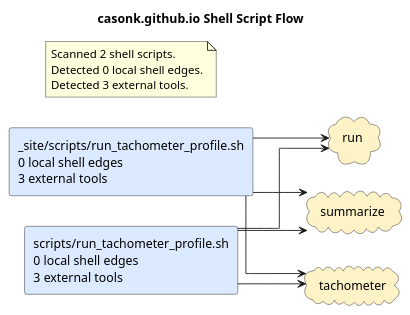
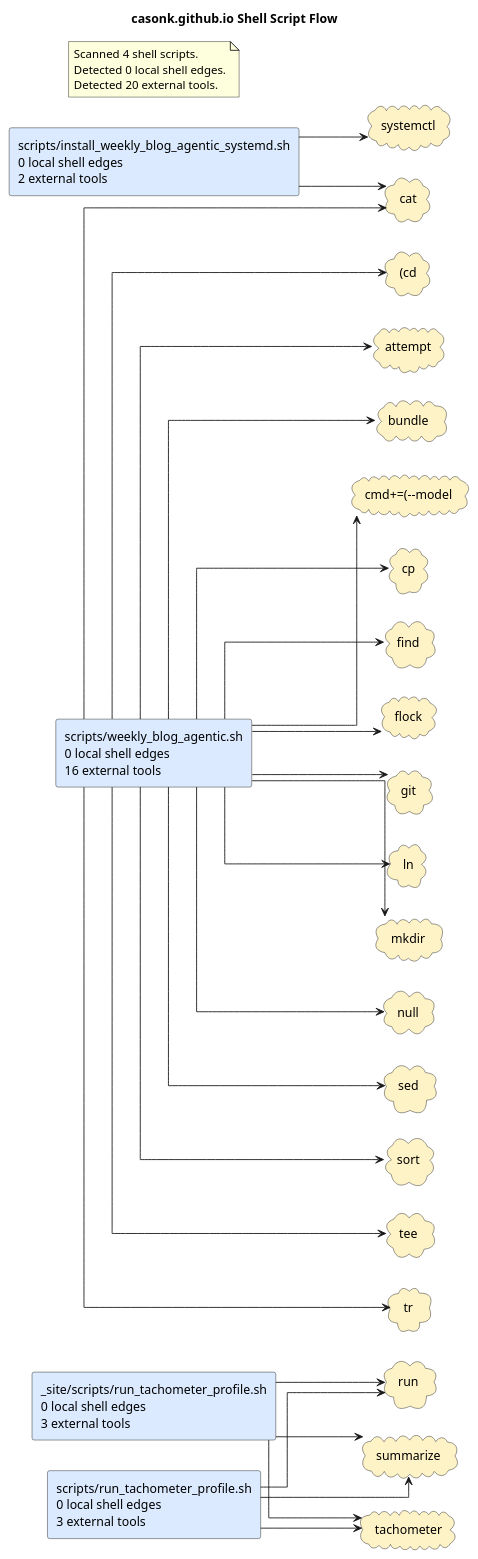
Before and after one commit to casonk/casonk.github.io: the diagram in docs/diagrams/shell-call-graph.puml, drawn with PlantUML. The commit also changed 5 other files, not shown here.

Commit message:
chore: refresh archility diagram renderings

```diff
--- a/docs/diagrams/shell-call-graph.puml
+++ b/docs/diagrams/shell-call-graph.puml
@@ -1,24 +1,61 @@
 @startuml
 title casonk.github.io Shell Script Flow
 left to right direction
 skinparam shadowing false
 skinparam defaultFontName Monospace
 skinparam componentStyle rectangle
 skinparam linetype ortho
 rectangle "_site/scripts/run_tachometer_profile.sh\n0 local shell edges\n3 external tools" as shell_site_scripts_run_tachometer_profile_sh #DBEAFE
+rectangle "scripts/install_weekly_blog_agentic_systemd.sh\n0 local shell edges\n2 external tools" as shell_scripts_install_weekly_blog_agentic_systemd_sh #DBEAFE
 rectangle "scripts/run_tachometer_profile.sh\n0 local shell edges\n3 external tools" as shell_scripts_run_tachometer_profile_sh #DBEAFE
+rectangle "scripts/weekly_blog_agentic.sh\n0 local shell edges\n16 external tools" as shell_scripts_weekly_blog_agentic_sh #DBEAFE
+cloud "(cd" as tool_cd #FEF3C7
+cloud "attempt" as tool_attempt #FEF3C7
+cloud "bundle" as tool_bundle #FEF3C7
+cloud "cat" as tool_cat #FEF3C7
+cloud "cmd+=(--model" as tool_cmd_model #FEF3C7
+cloud "cp" as tool_cp #FEF3C7
+cloud "find" as tool_find #FEF3C7
+cloud "flock" as tool_flock #FEF3C7
+cloud "git" as tool_git #FEF3C7
+cloud "ln" as tool_ln #FEF3C7
+cloud "mkdir" as tool_mkdir #FEF3C7
+cloud "null" as tool_null #FEF3C7
 cloud "run" as tool_run #FEF3C7
+cloud "sed" as tool_sed #FEF3C7
+cloud "sort" as tool_sort #FEF3C7
 cloud "summarize" as tool_summarize #FEF3C7
+cloud "systemctl" as tool_systemctl #FEF3C7
 cloud "tachometer" as tool_tachometer #FEF3C7
+cloud "tee" as tool_tee #FEF3C7
+cloud "tr" as tool_tr #FEF3C7
+shell_scripts_install_weekly_blog_agentic_systemd_sh --> tool_cat
+shell_scripts_install_weekly_blog_agentic_systemd_sh --> tool_systemctl
 shell_scripts_run_tachometer_profile_sh --> tool_run
 shell_scripts_run_tachometer_profile_sh --> tool_summarize
 shell_scripts_run_tachometer_profile_sh --> tool_tachometer
+shell_scripts_weekly_blog_agentic_sh --> tool_cd
+shell_scripts_weekly_blog_agentic_sh --> tool_attempt
+shell_scripts_weekly_blog_agentic_sh --> tool_bundle
+shell_scripts_weekly_blog_agentic_sh --> tool_cat
+shell_scripts_weekly_blog_agentic_sh --> tool_cmd_model
+shell_scripts_weekly_blog_agentic_sh --> tool_cp
+shell_scripts_weekly_blog_agentic_sh --> tool_find
+shell_scripts_weekly_blog_agentic_sh --> tool_flock
+shell_scripts_weekly_blog_agentic_sh --> tool_git
+shell_scripts_weekly_blog_agentic_sh --> tool_ln
+shell_scripts_weekly_blog_agentic_sh --> tool_mkdir
+shell_scripts_weekly_blog_agentic_sh --> tool_null
+shell_scripts_weekly_blog_agentic_sh --> tool_sed
+shell_scripts_weekly_blog_agentic_sh --> tool_sort
+shell_scripts_weekly_blog_agentic_sh --> tool_tee
+shell_scripts_weekly_blog_agentic_sh --> tool_tr
 shell_site_scripts_run_tachometer_profile_sh --> tool_run
 shell_site_scripts_run_tachometer_profile_sh --> tool_summarize
 shell_site_scripts_run_tachometer_profile_sh --> tool_tachometer
 note as shellGraphSummary
-Scanned 2 shell scripts.
+Scanned 4 shell scripts.
 Detected 0 local shell edges.
-Detected 3 external tools.
+Detected 20 external tools.
 end note
 @enduml
```
